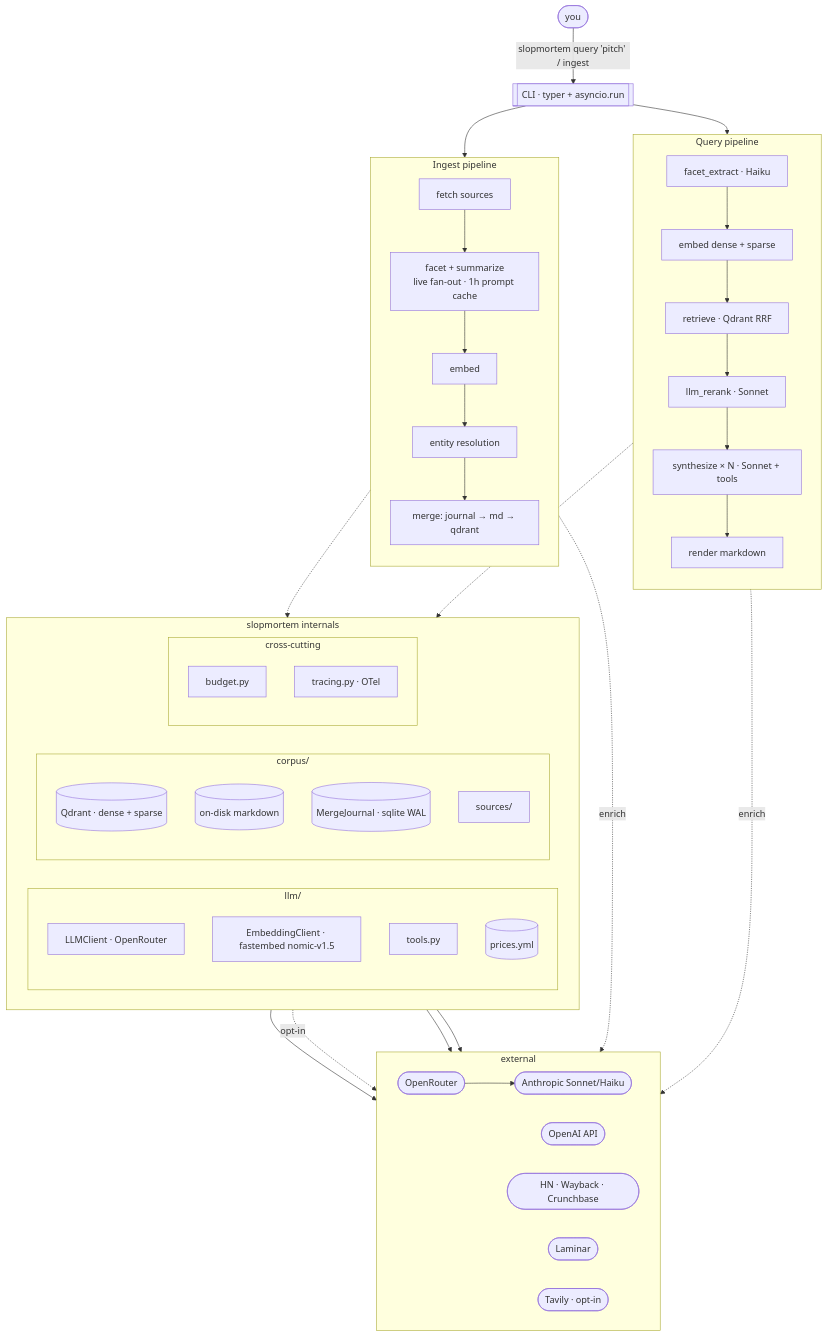
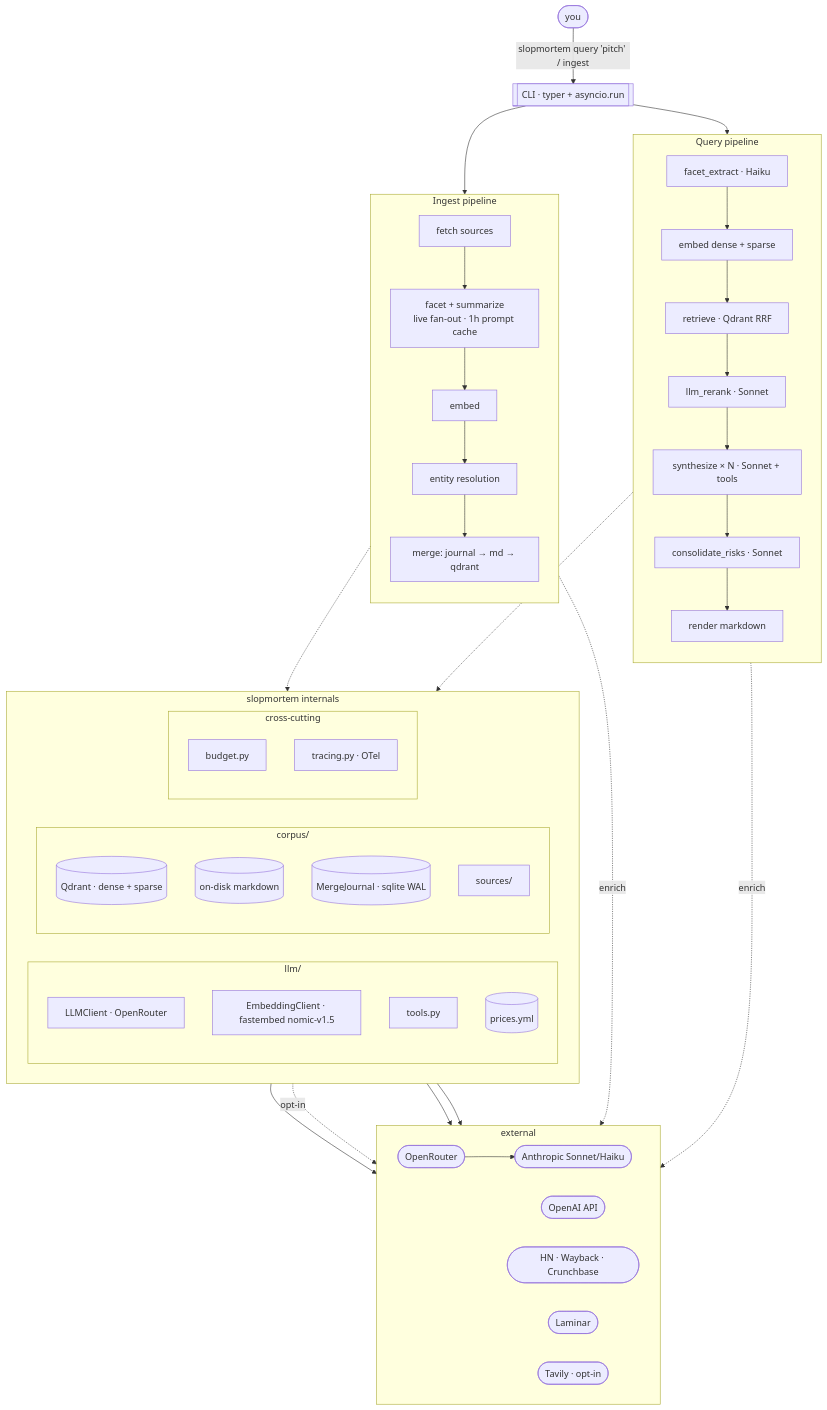
The diagram in docs/architecture.md (vaporif/slopmortem), drawn with Mermaid before and after one commit. The commit also changed other lines of this file and 15 other files, not shown here.

Commit message:
consolidate risks

````diff
--- a/docs/architecture.md
+++ b/docs/architecture.md
@@ -3,65 +3,66 @@
 ```mermaid
 flowchart TD
     User([you]) -->|"slopmortem query 'pitch' / ingest"| CLI[["CLI · typer + asyncio.run"]]
     CLI --> Q1
     CLI --> I1
 
     subgraph Q["Query pipeline"]
         direction TB
         Q1[facet_extract · Haiku] --> Q2[embed dense + sparse]
         Q2 --> Q3[retrieve · Qdrant RRF]
         Q3 --> Q4[llm_rerank · Sonnet]
         Q4 --> Q5[synthesize × N · Sonnet + tools]
-        Q5 --> Q6[render markdown]
+        Q5 --> Q6[consolidate_risks · Sonnet]
+        Q6 --> Q7[render markdown]
     end
 
     subgraph I["Ingest pipeline"]
         direction TB
         I1[fetch sources] --> I2["facet + summarize<br/>live fan-out · 1h prompt cache"]
         I2 --> I3[embed]
         I3 --> I4[entity resolution]
         I4 --> I5["merge: journal → md → qdrant"]
     end
 
     Q -.-> Internals
     I -.-> Internals
 
     subgraph Internals["slopmortem internals"]
         direction LR
         subgraph llm["llm/"]
             direction TB
             LLMC[LLMClient · OpenRouter]
             Embed[EmbeddingClient · fastembed nomic-v1.5]
             Tools[tools.py]
             Prices[(prices.yml)]
         end
         subgraph corpus["corpus/"]
             direction TB
             Qdrant[(Qdrant · dense + sparse)]
             MD[(on-disk markdown)]
             Journal[(MergeJournal · sqlite WAL)]
             Sources[sources/]
         end
         subgraph cross["cross-cutting"]
             direction TB
             Budget[budget.py]
             Trace[tracing.py · OTel]
         end
     end
 
     LLMC --> OR
     Embed -.->|"opt-in"| OAI
     Sources --> Web
     Trace --> LMNR
     Q5 -.->|enrich| TV
     I2 -.->|enrich| TV
 
     subgraph Ext["external"]
         direction LR
         OR([OpenRouter]) --> ANT([Anthropic Sonnet/Haiku])
         OAI([OpenAI API])
         Web([HN · Wayback · Crunchbase])
         TV([Tavily · opt-in])
         LMNR([Laminar])
     end
 ```
````
